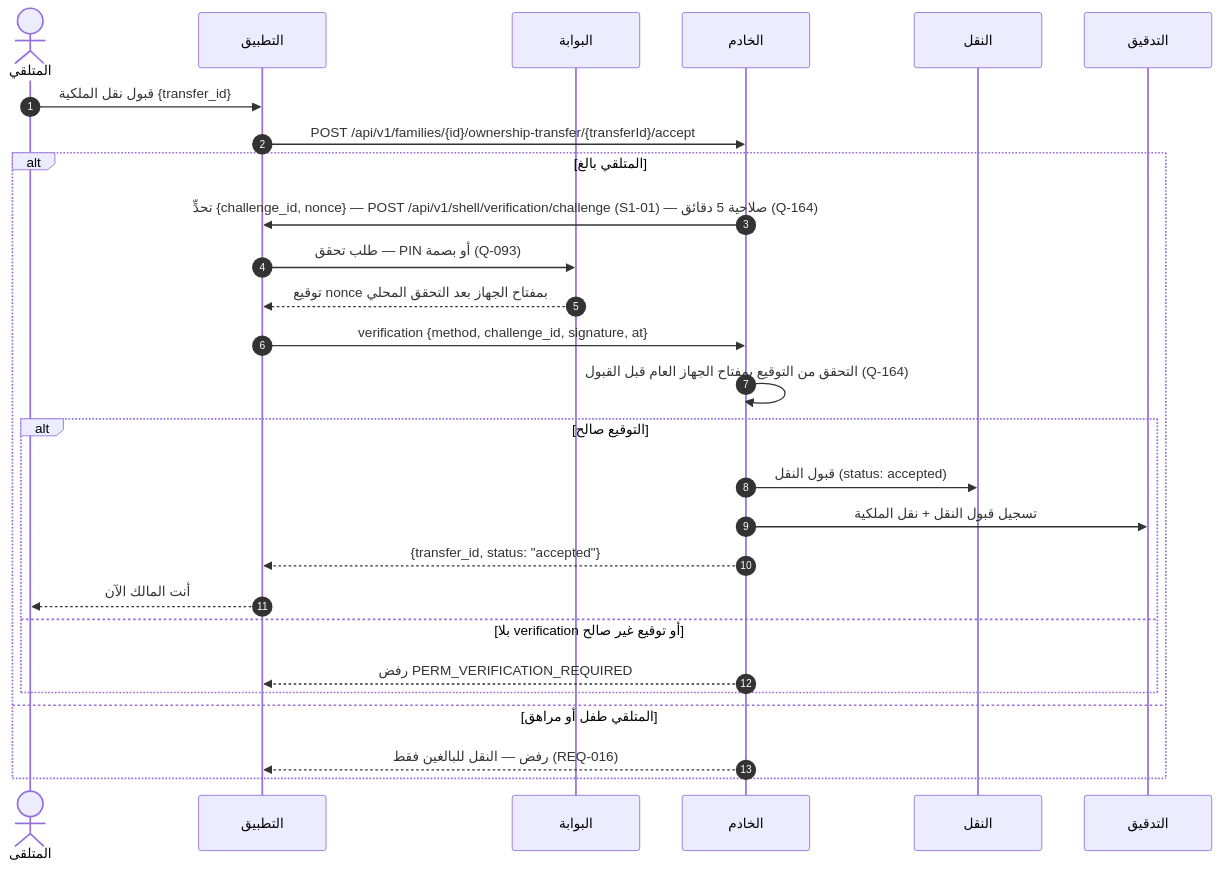
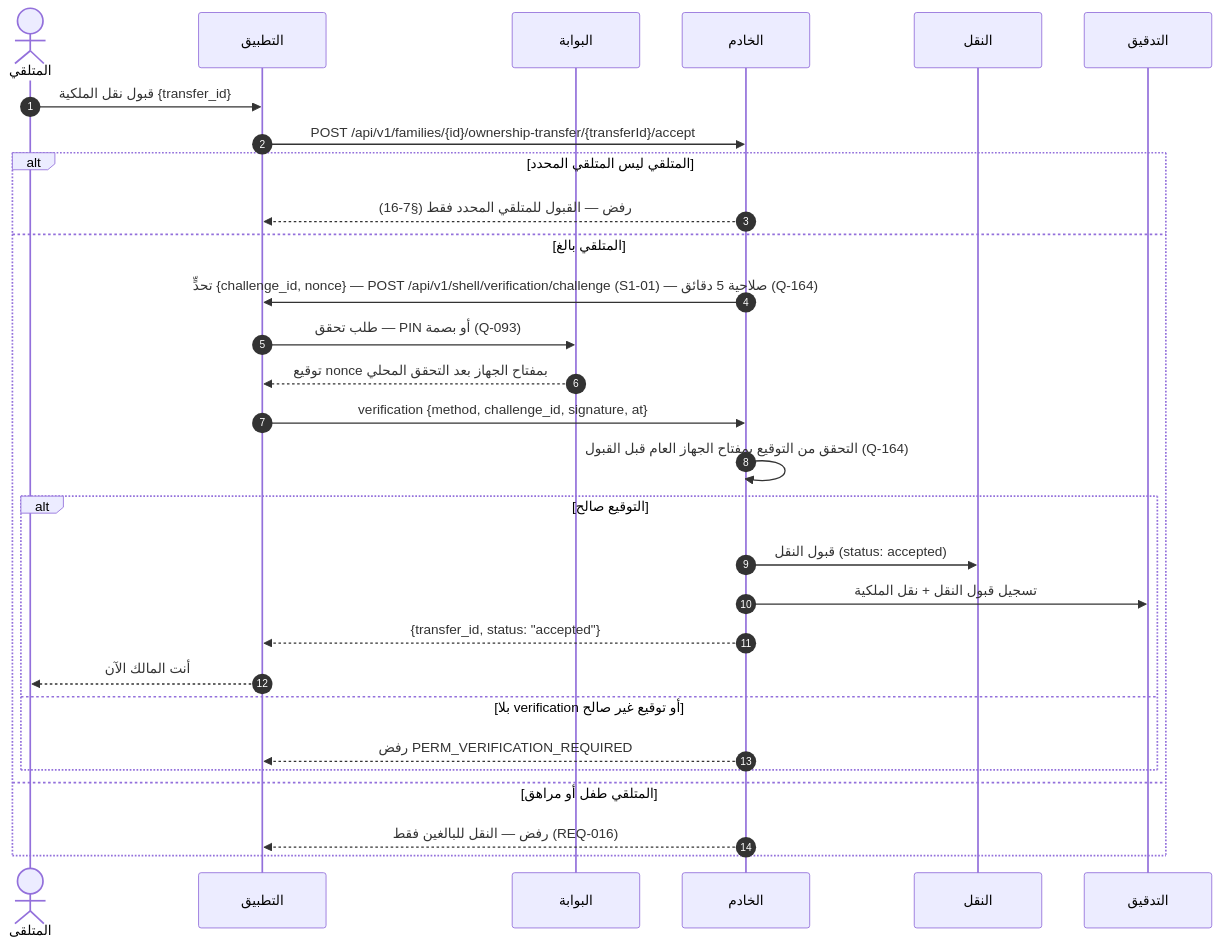
Before and after one commit to Bassam-mohammed-alqaeadi/family-os-v2: the tenth of 14 diagrams in docs/family-os/governance/phases/phase-1/S1-03-family-roles-and-permissions/DIAGRAMS.md, drawn with Mermaid. The commit also changed other lines of this file and 1 other file, not shown here.

````diff
--- a/docs/family-os/governance/phases/phase-1/S1-03-family-roles-and-permissions/DIAGRAMS.md
+++ b/docs/family-os/governance/phases/phase-1/S1-03-family-roles-and-permissions/DIAGRAMS.md
@@ -424,29 +429,31 @@
 ```mermaid
 sequenceDiagram
     autonumber
     actor Recipient as المتلقي
     participant App as التطبيق
     participant S101 as البوابة
     participant Ktor as الخادم
     participant Transfer as النقل
     participant Audit as التدقيق
     Recipient->>App: قبول نقل الملكية {transfer_id}
     App->>Ktor: POST /api/v1/families/{id}/ownership-transfer/{transferId}/accept
-    alt المتلقي بالغ
+    alt المتلقي ليس المتلقي المحدد
+        Ktor-->>App: رفض — القبول للمتلقي المحدد فقط (§7-16)
+    else المتلقي بالغ
         Ktor->>App: تحدٍّ {challenge_id, nonce} — POST /api/v1/shell/verification/challenge (S1-01) — صلاحية 5 دقائق (Q-164)
         App->>S101: طلب تحقق — PIN أو بصمة (Q-093)
         S101-->>App: توقيع nonce بمفتاح الجهاز بعد التحقق المحلي
         App->>Ktor: verification {method, challenge_id, signature, at}
         Ktor->>Ktor: التحقق من التوقيع بمفتاح الجهاز العام قبل القبول (Q-164)
         alt التوقيع صالح
             Ktor->>Transfer: قبول النقل (status: accepted)
             Ktor->>Audit: تسجيل قبول النقل + نقل الملكية
             Ktor-->>App: {transfer_id, status: "accepted"}
             App-->>Recipient: أنت المالك الآن
         else بلا verification أو توقيع غير صالح
             Ktor-->>App: رفض PERM_VERIFICATION_REQUIRED
         end
     else المتلقي طفل أو مراهق
         Ktor-->>App: رفض — النقل للبالغين فقط (REQ-016)
     end
 ```
````
